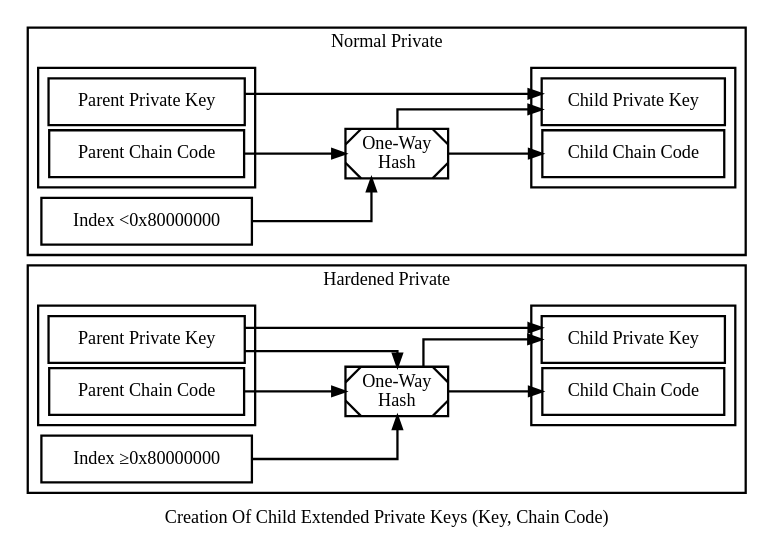
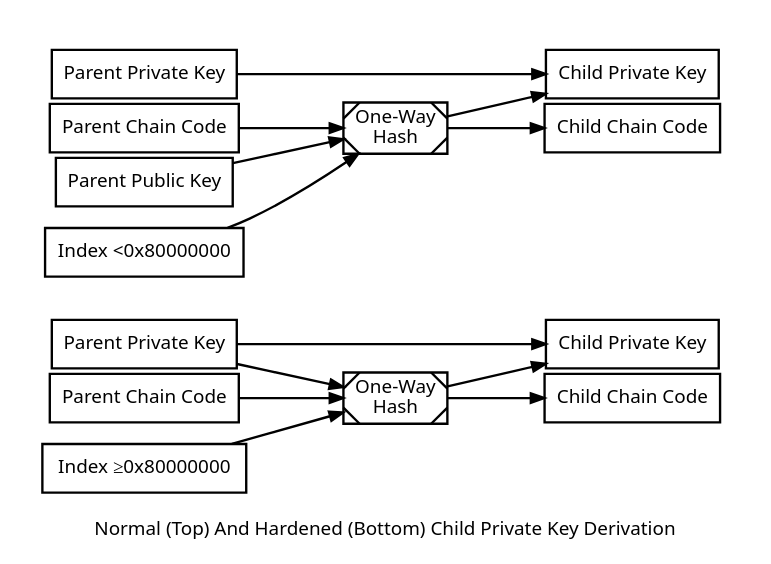
One commit to bitcoin-dot-org/Bitcoin.org changed the diagram in img/dev/en-hd-private-parent-to-private-child.dot. Above: the diagram before and after it, drawn with Graphviz. The commit also changed 10 other files, not shown here.

First line of the commit message:
Fix Formula For Normal HD Key Derivation; Mention Ancestor Key Risk

```diff
--- a/img/dev/en-hd-private-parent-to-private-child.dot
+++ b/img/dev/en-hd-private-parent-to-private-child.dot
@@ -1,67 +1,65 @@
 digraph extended {
 
 size=6.25;
 rankdir=LR;
 penwidth=1.75;
-node [ penwidth = 1.75, shape = "box" ];
-edge [ penwidth = 1.75 ];
+node [ fontname="Sans", penwidth = 1.75, shape = "box" ];
+edge [ fontname="Sans", penwidth = 1.75 ];
+graph [ fontname="Sans" ];
 nodesep=0.05;
-splines = ortho;
+//splines = ortho;
 ranksep = 1.0;
 subgraph cluster_hard {
+    style = "invis";
 
     subgraph cluster_h_parent_extended_key {
         h_parent_private_key [ label = "Parent Private Key" ];
         h_parent_chain_code [ label = "Parent Chain Code" ];
     }
 
     subgraph cluster_child_extended_key_else {
         child_private_key_hard [ label = "Child Private Key" ];
         child_chain_code_hard [ label = "Child Chain Code" ];
     }
 
     hmac_hard [ style = "diagonals", label = "One-Way\nHash" ];
     i_hard [ label = "Index ≥0x80000000" ];
 
     h_parent_chain_code -> hmac_hard;
     h_parent_private_key -> hmac_hard;
 
     i_hard -> hmac_hard;
 
     hmac_hard -> child_private_key_hard;
     hmac_hard -> child_chain_code_hard;
     h_parent_private_key -> child_private_key_hard;
-
-    label = "Hardened Private"
 }
 
 
 subgraph cluster_norm {
-    //style = "invis"
-    //label = "Creation Of Normal Child Extended Keys (Key + Chain Code)\nFrom Parent Extended Keys"
+    style = "invis"
 
     subgraph cluster_n_parent_extended_key {
         n_parent_private_key [ label = "Parent Private Key" ];
         n_parent_chain_code [ label = "Parent Chain Code" ];
+        n_parent_public_key [ label = "Parent Public Key" ];
     }
 
     subgraph cluster_child_extended_key_norm {
         child_private_key_norm [ label = "Child Private Key" ];
         child_chain_code_norm [ label = "Child Chain Code" ];
     }
     hmac_norm [ style = "diagonals", label = "One-Way\nHash" ];
     i_norm [ label = "Index <0x80000000" ];
 
     n_parent_chain_code -> hmac_norm;
+    n_parent_public_key -> hmac_norm;
     i_norm -> hmac_norm;
     hmac_norm -> child_private_key_norm;
     hmac_norm -> child_chain_code_norm;
-    n_parent_private_key -> child_private_key_norm;
-
-    label = "Normal Private"
+    n_parent_private_key -> child_private_key_norm [weight = 5];
 }
 
-
-label = "Creation Of Child Extended Private Keys (Key, Chain Code)"
+label = "Normal (Top) And Hardened (Bottom) Child Private Key Derivation";
 
 }
```
